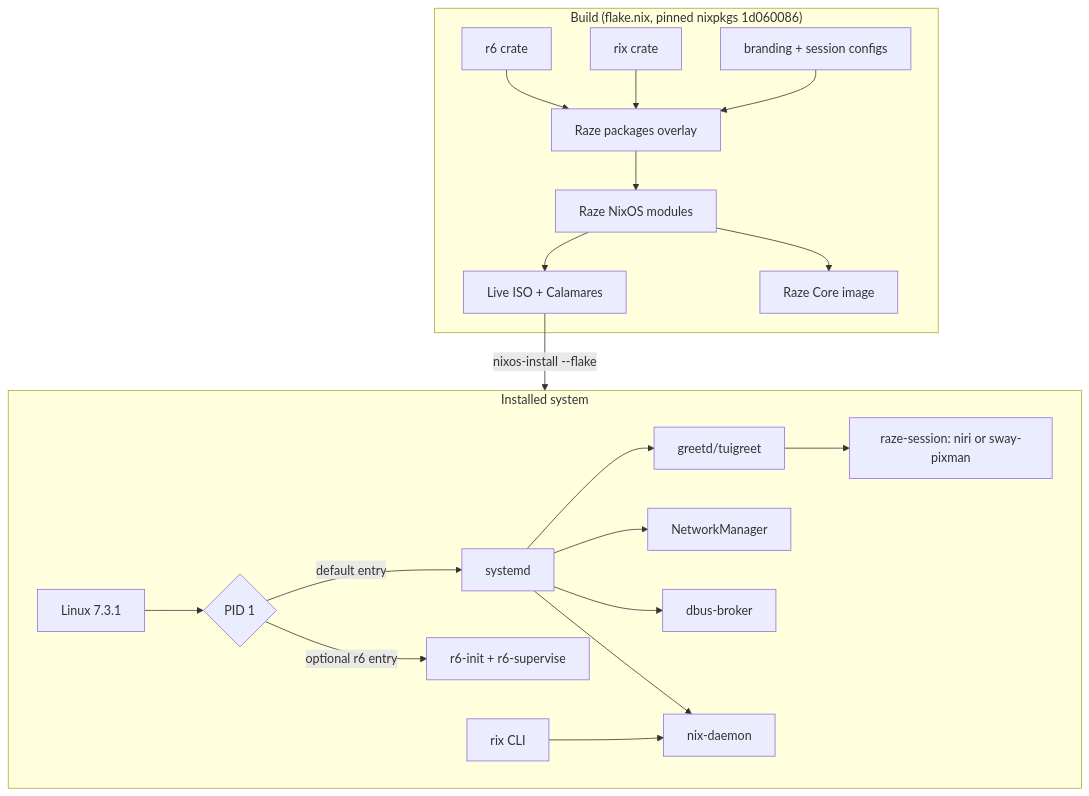
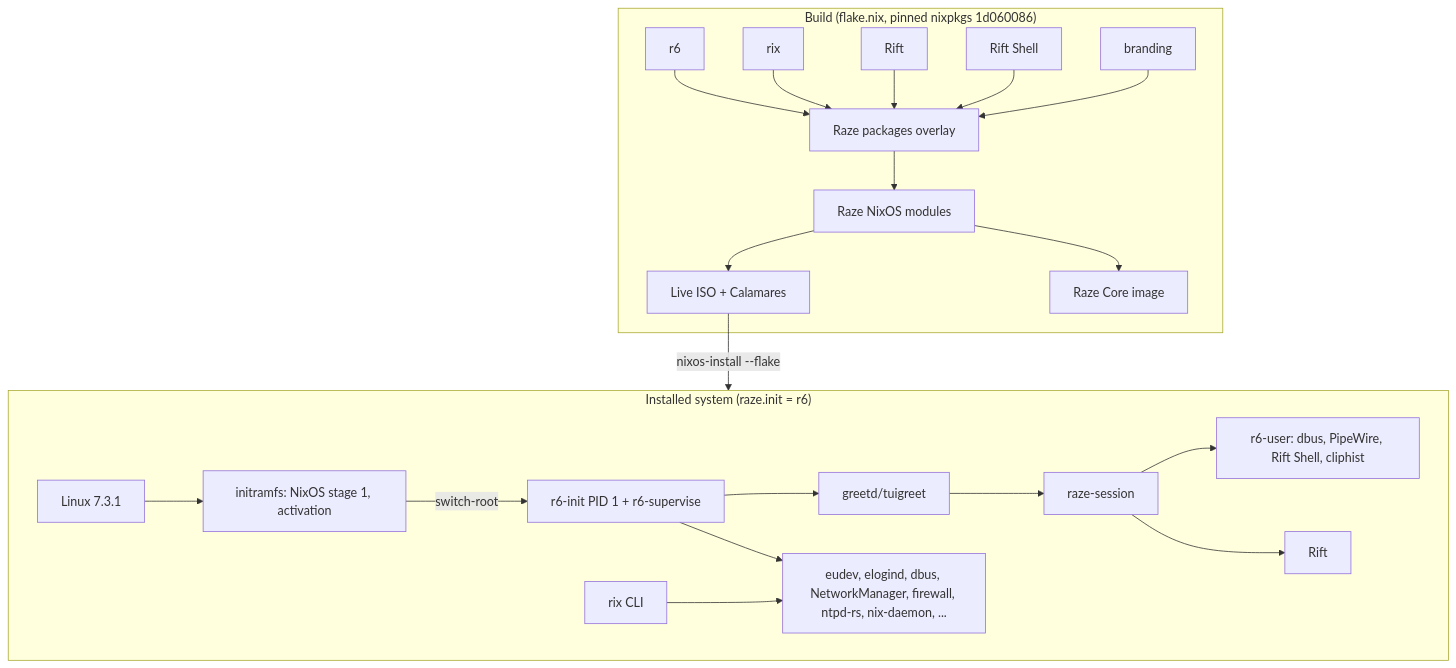
Before and after one commit to SwashX-dev/Raze-Linux: the diagram in docs/architecture/overview.md, drawn with Mermaid. The commit also changed other lines of this file and 7 other files, not shown here.

First line of the commit message:
r6-init: flush activation writes at startup; benchmark harness fixes

````diff
--- a/docs/architecture/overview.md
+++ b/docs/architecture/overview.md
@@ -9,20 +9,23 @@
 ```mermaid
 flowchart TB
   subgraph build["Build (flake.nix, pinned nixpkgs 1d060086)"]
-    R6[r6 crate] --> PK[Raze packages overlay]
-    RX[rix crate] --> PK
-    BR[branding + session configs] --> PK
+    R6[r6] --> PK[Raze packages overlay]
+    RX[rix] --> PK
+    RF[Rift] --> PK
+    RS[Rift Shell] --> PK
+    BR[branding] --> PK
     PK --> MOD[Raze NixOS modules]
     MOD --> ISO[Live ISO + Calamares]
     MOD --> CORE[Raze Core image]
   end
-  subgraph installed["Installed system"]
-    K[Linux 7.3.1] --> PID1{PID 1}
-    PID1 -->|default entry| SD[systemd]
-    PID1 -->|optional r6 entry| R6I[r6-init + r6-supervise]
-    SD --> GD[greetd/tuigreet] --> SES[raze-session: niri or sway-pixman]
-    SD --> NM[NetworkManager] & DB[dbus-broker] & ND[nix-daemon]
-    RIXC[rix CLI] --> ND
+  subgraph installed["Installed system (raze.init = r6)"]
+    K[Linux 7.3.1] --> S1[initramfs: NixOS stage 1, activation]
+    S1 -->|switch-root| R6I[r6-init PID 1 + r6-supervise]
+    R6I --> GD[greetd/tuigreet] --> SES[raze-session]
+    SES --> RU[r6-user: dbus, PipeWire, Rift Shell, cliphist]
+    SES --> RIFT[Rift]
+    R6I --> SYS[eudev, elogind, dbus, NetworkManager, firewall, ntpd-rs, nix-daemon, ...]
+    RIXC[rix CLI] --> SYS
   end
   ISO -->|nixos-install --flake| installed
 ```
````
